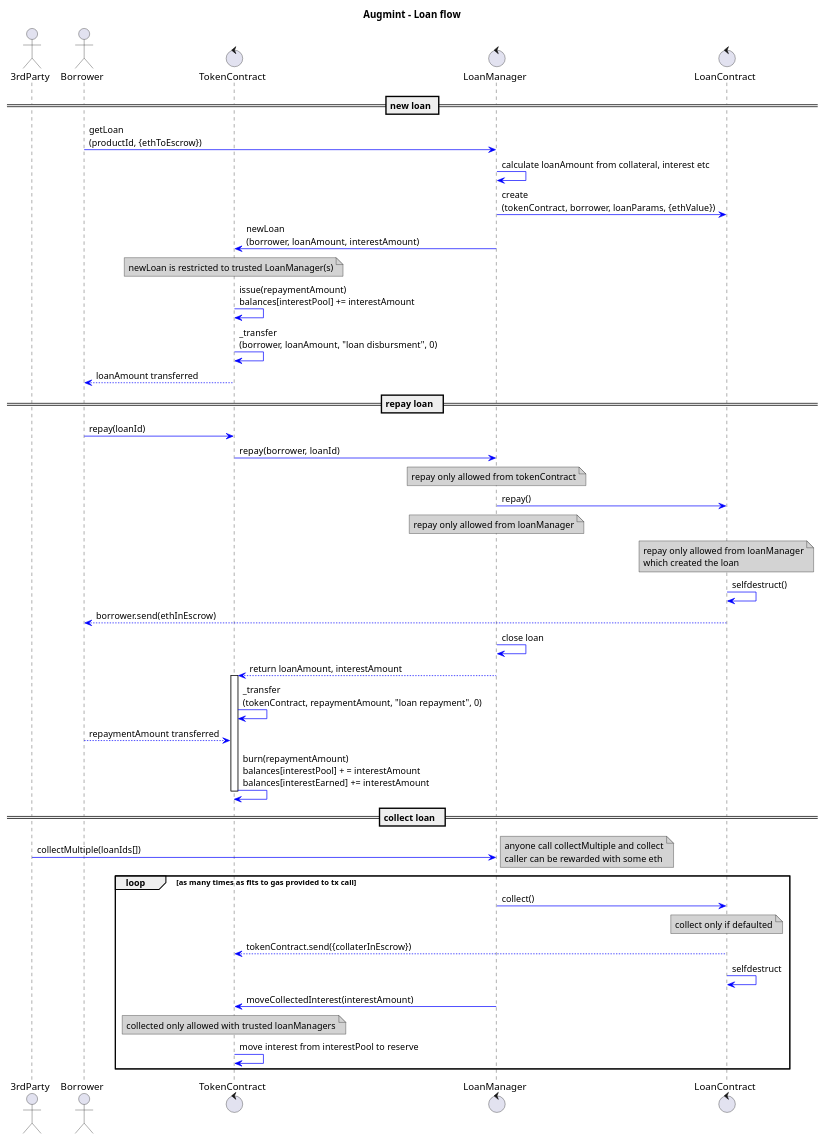
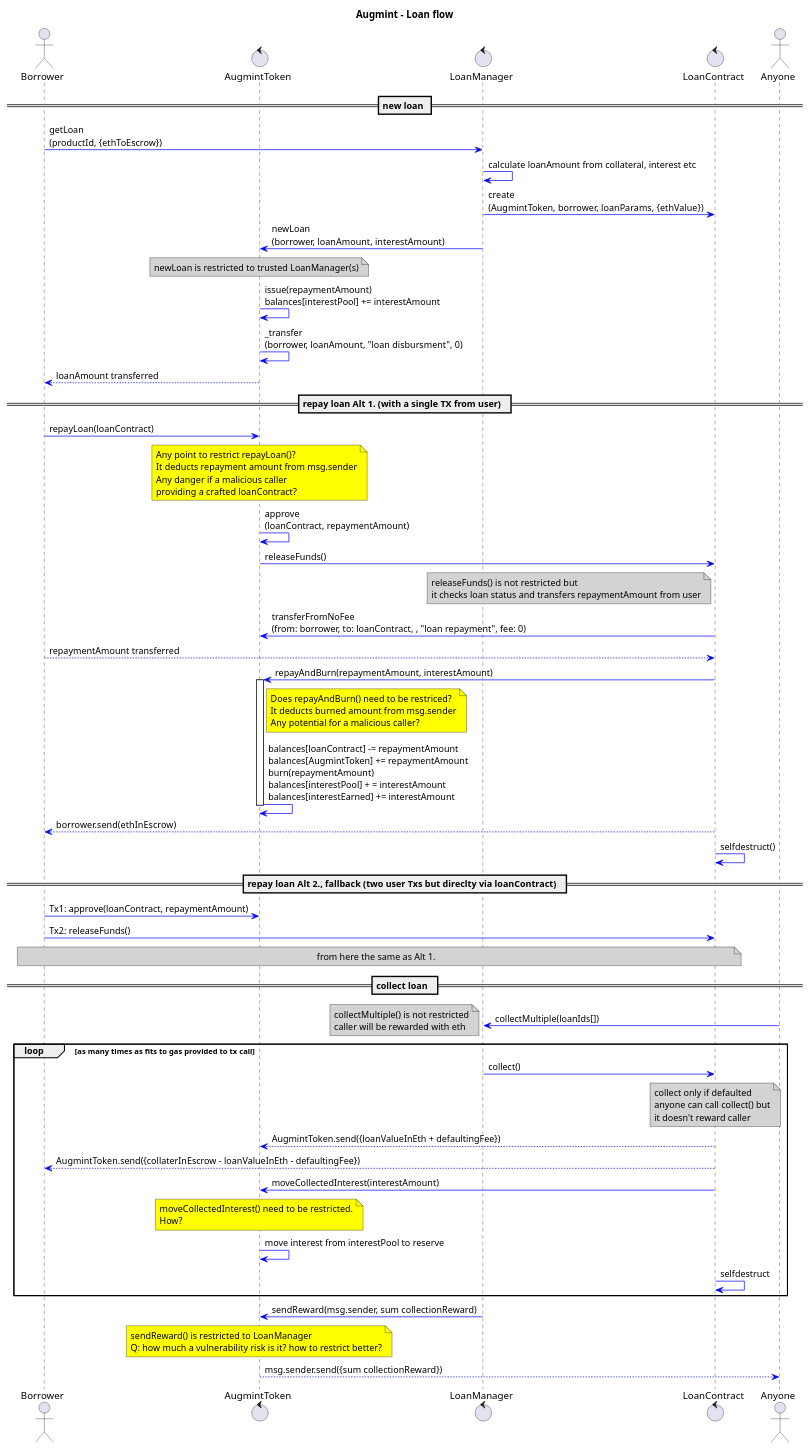
Before and after one commit to Augmint/augmint-web: the diagram in docs/loanFlow.plantuml, drawn with PlantUML. The commit also changed 3 other files, not shown here.

Commit message:
Loan and Exchange sequence diagrams updated

```diff
--- a/docs/loanFlow.plantuml
+++ b/docs/loanFlow.plantuml
@@ -1,64 +1,86 @@
 @startuml
 title **Augmint** - Loan flow
 skinparam ArrowColor #blue
 skinparam noteBackgroundColor #lightgrey
-actor 3rdParty
 actor Borrower
-control TokenContract
+control AugmintToken
 control LoanManager
 control LoanContract
+actor Anyone
 == new loan ==
 Borrower -> LoanManager : getLoan\n(productId, {ethToEscrow})
 LoanManager -> LoanManager : calculate loanAmount from collateral, interest etc
-LoanManager -> LoanContract : create\n(tokenContract, borrower, loanParams, {ethValue})
-LoanManager -> TokenContract : newLoan\n(borrower, loanAmount, interestAmount)
-note over TokenContract
+LoanManager -> LoanContract : create\n(AugmintToken, borrower, loanParams, {ethValue})
+LoanManager -> AugmintToken : newLoan\n(borrower, loanAmount, interestAmount)
+note over AugmintToken
 newLoan is restricted to trusted LoanManager(s)
 end note
-TokenContract -> TokenContract : issue(repaymentAmount)\nbalances[interestPool] += interestAmount
-TokenContract -> TokenContract : _transfer\n(borrower, loanAmount, "loan disbursment", 0)
-TokenContract --> Borrower : loanAmount transferred
+AugmintToken -> AugmintToken : issue(repaymentAmount)\nbalances[interestPool] += interestAmount
+AugmintToken -> AugmintToken : _transfer\n(borrower, loanAmount, "loan disbursment", 0)
+AugmintToken --> Borrower : loanAmount transferred
 
-== repay loan  ==
-Borrower -> TokenContract : repay(loanId)
-TokenContract -> LoanManager : repay(borrower, loanId)
-note over LoanManager
-repay only allowed from tokenContract
+== repay loan Alt 1. (with a single TX from user)  ==
+Borrower -> AugmintToken : repayLoan(loanContract)
+note over AugmintToken #yellow
+    Any point to restrict repayLoan()?
+    It deducts repayment amount from msg.sender
+    Any danger if a malicious caller
+    providing a crafted loanContract?
 end note
-LoanManager -> LoanContract : repay()
-note over LoanManager
-repay only allowed from loanManager
+AugmintToken -> AugmintToken : approve\n(loanContract, repaymentAmount)
+
+AugmintToken -> LoanContract : releaseFunds()
+note left LoanContract
+    releaseFunds() is not restricted but
+    it checks loan status and transfers repaymentAmount from user
 end note
-note over LoanContract
-repay only allowed from loanManager
-which created the loan
+LoanContract -> AugmintToken : transferFromNoFee\n(from: borrower, to: loanContract, , "loan repayment", fee: 0)
+Borrower --> LoanContract : repaymentAmount transferred
+LoanContract -> AugmintToken : repayAndBurn(repaymentAmount, interestAmount)
+note right AugmintToken #yellow
+    Does repayAndBurn() need to be restriced?
+    It deducts burned amount from msg.sender
+    Any potential for a malicious caller?
 end note
+activate AugmintToken
+AugmintToken -> AugmintToken : balances[loanContract] -= repaymentAmount\nbalances[AugmintToken] += repaymentAmount\nburn(repaymentAmount)\nbalances[interestPool] + = interestAmount\nbalances[interestEarned] += interestAmount
+deactivate AugmintToken
+LoanContract --> Borrower : borrower.send(ethInEscrow)
 LoanContract -> LoanContract : selfdestruct()
-LoanContract --> Borrower : borrower.send(ethInEscrow)
-LoanManager -> LoanManager : close loan
-LoanManager --> TokenContract : return loanAmount, interestAmount
-activate TokenContract
-TokenContract -> TokenContract : _transfer\n(tokenContract, repaymentAmount, "loan repayment", 0)
-Borrower --> TokenContract : repaymentAmount transferred
-TokenContract -> TokenContract : burn(repaymentAmount)\nbalances[interestPool] + = interestAmount\nbalances[interestEarned] += interestAmount
-deactivate TokenContract
+
+== repay loan Alt 2., fallback (two user Txs but direclty via loanContract)  ==
+Borrower -> AugmintToken : Tx1: approve(loanContract, repaymentAmount)
+Borrower -> LoanContract : Tx2: releaseFunds()
+note over Borrower, LoanContract
+    from here the same as Alt 1.
+end note
 == collect loan  ==
-3rdParty -> LoanManager : collectMultiple(loanIds[])
-note right
-    anyone call collectMultiple and collect
-    caller can be rewarded with some eth
+Anyone -> LoanManager : collectMultiple(loanIds[])
+note left
+    collectMultiple() is not restricted
+    caller will be rewarded with eth
 end note
 loop as many times as fits to gas provided to tx call
     LoanManager -> LoanContract : collect()
     note over LoanContract
         collect only if defaulted
+        anyone can call collect() but
+        it doesn't reward caller
     end note
-    LoanContract --> TokenContract : tokenContract.send({collaterInEscrow})
+    LoanContract --> AugmintToken : AugmintToken.send({loanValueInEth + defaultingFee})
+    LoanContract --> Borrower : AugmintToken.send({collaterInEscrow - loanValueInEth - defaultingFee})
+    LoanContract -> AugmintToken : moveCollectedInterest(interestAmount)
+    note over AugmintToken #yellow
+    moveCollectedInterest() need to be restricted.
+    How?
+    end note
+    AugmintToken -> AugmintToken : move interest from interestPool to reserve
     LoanContract -> LoanContract : selfdestruct
-    LoanManager -> TokenContract : moveCollectedInterest(interestAmount)
-    note over TokenContract
-    collected only allowed with trusted loanManagers
-    end note
-    TokenContract -> TokenContract : move interest from interestPool to reserve
 end
+LoanManager -> AugmintToken : sendReward(msg.sender, sum collectionReward)
+note over AugmintToken #yellow
+    sendReward() is restricted to LoanManager
+    Q: how much a vulnerability risk is it? how to restrict better?
+end note
+AugmintToken --> Anyone : msg.sender.send({sum collectionReward})
 @enduml
```
